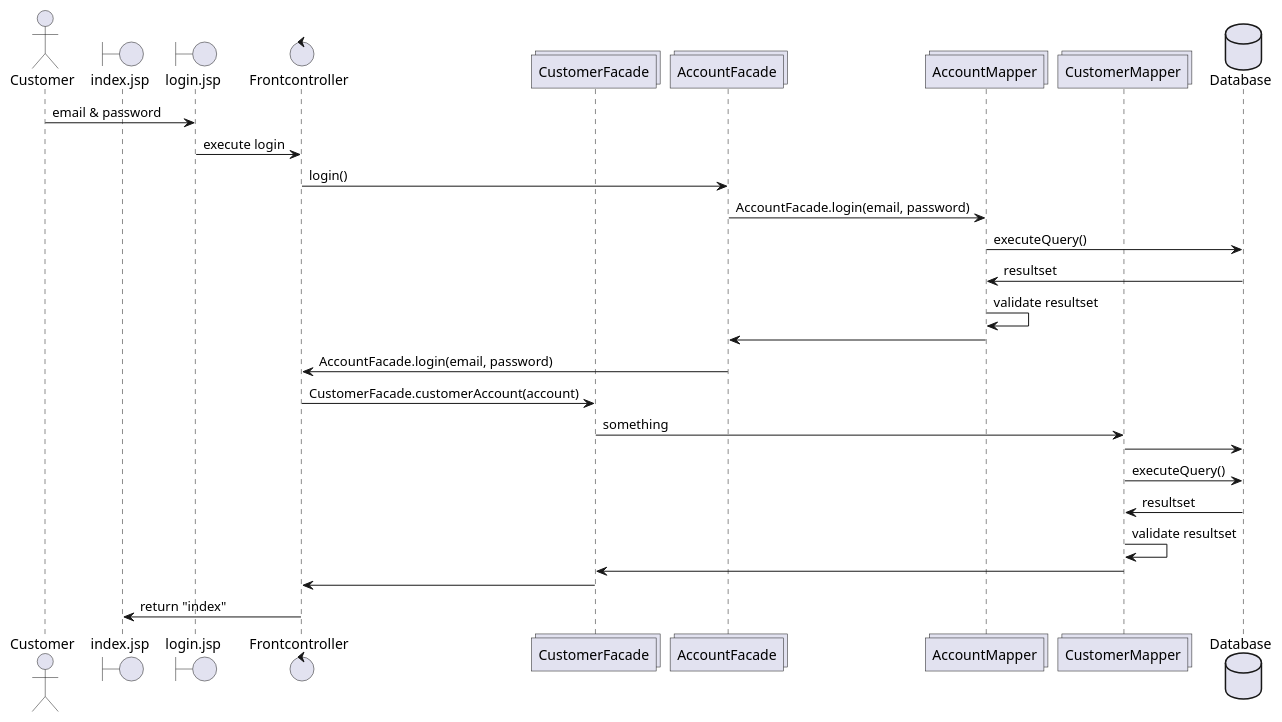
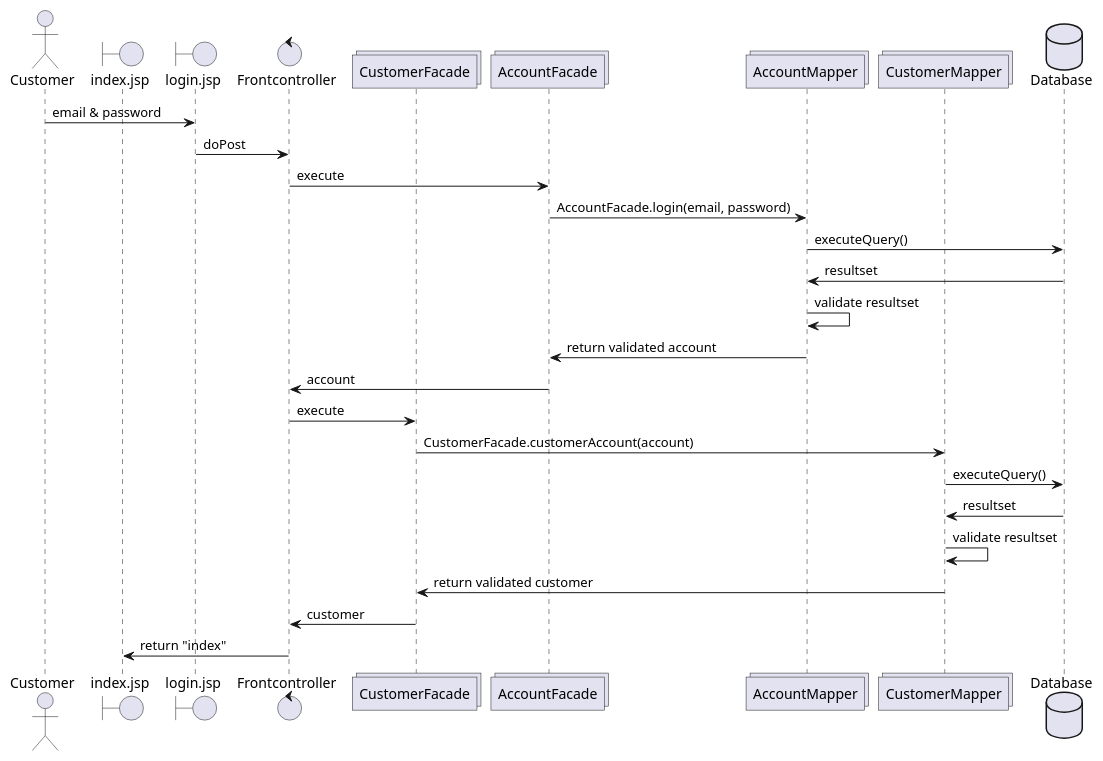
The diagram in src/diagrammer/Sequence-diagram.puml (coerth/carport), drawn with PlantUML before and after one commit.

Commit message:
rettet sekvens diagram

```diff
--- a/src/diagrammer/Sequence-diagram.puml
+++ b/src/diagrammer/Sequence-diagram.puml
@@ -1,34 +1,33 @@
 @startuml
 
 actor       Customer       as Foo1
 boundary    index.jsp   as Foo8
 boundary    login.jsp    as Foo2
 control     Frontcontroller     as Foo3
 collections CustomerFacade as Foo7
 collections AccountFacade as Foo5
 collections AccountMapper as Foo4
 collections CustomerMapper as Foo9
 database    Database    as Foo6
 
 
 
 Foo1 -> Foo2 : email & password
-Foo2 -> Foo3 : execute login
-Foo3 -> Foo5 : login()
+Foo2 -> Foo3 : doPost
+Foo3 -> Foo5 : execute
 Foo5 -> Foo4 : AccountFacade.login(email, password)
 Foo4 -> Foo6 : executeQuery()
 Foo4 <- Foo6 : resultset
 Foo4 -> Foo4 : validate resultset
-Foo4 -> Foo5
-Foo5 -> Foo3 : AccountFacade.login(email, password)
-Foo3 -> Foo7 : CustomerFacade.customerAccount(account)
-Foo7 -> Foo9 : something
-Foo9 -> Foo6 :
+Foo4 -> Foo5 : return validated account
+Foo5 -> Foo3 : account
+Foo3 -> Foo7 : execute
+Foo7 -> Foo9 : CustomerFacade.customerAccount(account)
 Foo9 -> Foo6 : executeQuery()
 Foo9 <- Foo6 : resultset
 Foo9 -> Foo9 : validate resultset
-Foo9 -> Foo7 :
-Foo7 -> Foo3 :
+Foo9 -> Foo7 : return validated customer
+Foo7 -> Foo3 : customer
 Foo3 -> Foo8 : return "index"
 
 @enduml
```
